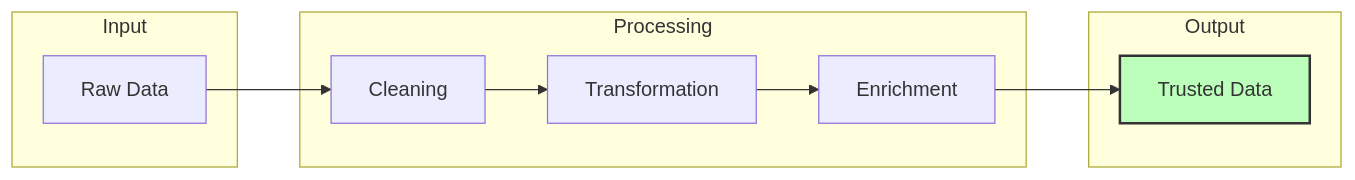
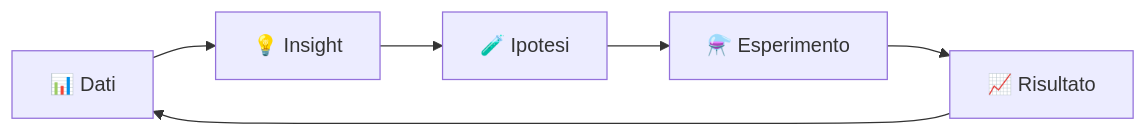
The diagram in src/content/corso/metriche-fondamenti/generazione-idee.mdx (AndreyBertasini/gynnitech), drawn with Mermaid before and after one commit. The commit also changed other lines of this file and 63 other files, not shown here.

````diff
--- a/src/content/corso/metriche-fondamenti/generazione-idee.mdx
+++ b/src/content/corso/metriche-fondamenti/generazione-idee.mdx
@@ -86,16 +20,8 @@
 ```mermaid
-flowchart LR
-    subgraph Input
-    A[Raw Data]
-    end
-    subgraph Processing
-    B[Cleaning] --> C[Transformation]
-    C --> D[Enrichment]
-    end
-    subgraph Output
-    E[Trusted Data]
-    end
-    A --> B
-    D --> E
-    style E fill:#bfb,stroke:#333,stroke-width:2px
+graph LR
+    A["📊 Dati"] --> B["💡 Insight"]
+    B --> C["🧪 Ipotesi"]
+    C --> D["⚗️ Esperimento"]
+    D --> E["📈 Risultato"]
+    E --> A
 ```
````
